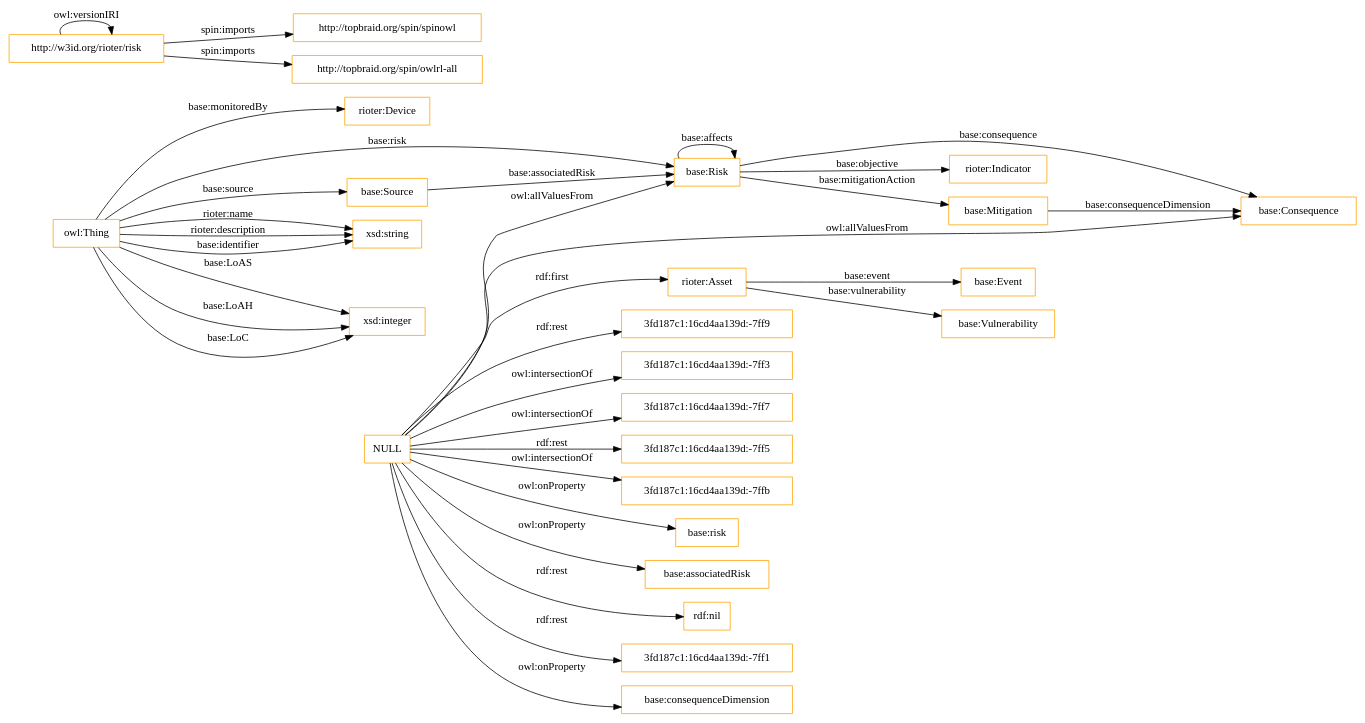
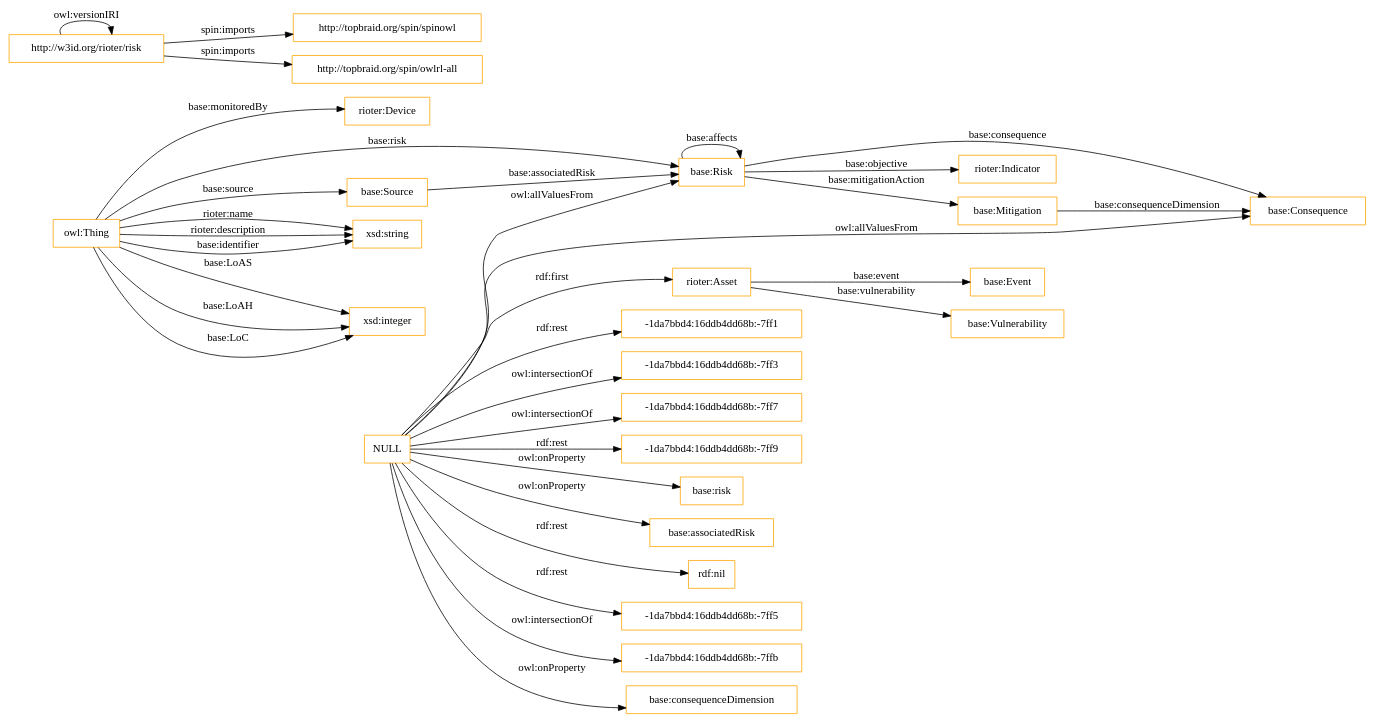
The diagram in OnToology/risk.owl/diagrams/ar2dtool-class/risk.owl.png.dot (OnToologyUser/risk-ontology), drawn with Graphviz before and after one commit. The commit also changed 5 other files, not shown here.

```diff
--- a/OnToology/risk.owl/diagrams/ar2dtool-class/risk.owl.png.dot
+++ b/OnToology/risk.owl/diagrams/ar2dtool-class/risk.owl.png.dot
@@ -1,39 +1,39 @@
 digraph ar2dtool_diagram { 
 rankdir=LR;
 size="1501"
 node [shape = rectangle, color="orange"]; "rioter:Device" "base:Consequence" "base:Risk" "rioter:Asset" "base:Source" "base:Event" "rioter:Indicator" "base:Vulnerability" "base:Mitigation" ; /*classes style*/
+	"NULL" -> "-1da7bbd4:16ddb4dd68b:-7ff1" [ label = "rdf:rest" ];
 	"NULL" -> "base:Risk" [ label = "owl:allValuesFrom" ];
-	"NULL" -> "3fd187c1:16cd4aa139d:-7ff9" [ label = "rdf:rest" ];
-	"NULL" -> "3fd187c1:16cd4aa139d:-7ff3" [ label = "owl:intersectionOf" ];
-	"NULL" -> "3fd187c1:16cd4aa139d:-7ff7" [ label = "owl:intersectionOf" ];
-	"NULL" -> "3fd187c1:16cd4aa139d:-7ff5" [ label = "rdf:rest" ];
-	"NULL" -> "3fd187c1:16cd4aa139d:-7ffb" [ label = "owl:intersectionOf" ];
+	"NULL" -> "-1da7bbd4:16ddb4dd68b:-7ff3" [ label = "owl:intersectionOf" ];
+	"NULL" -> "-1da7bbd4:16ddb4dd68b:-7ff7" [ label = "owl:intersectionOf" ];
+	"NULL" -> "-1da7bbd4:16ddb4dd68b:-7ff9" [ label = "rdf:rest" ];
 	"NULL" -> "base:risk" [ label = "owl:onProperty" ];
 	"NULL" -> "base:associatedRisk" [ label = "owl:onProperty" ];
 	"NULL" -> "rioter:Asset" [ label = "rdf:first" ];
 	"NULL" -> "rdf:nil" [ label = "rdf:rest" ];
-	"NULL" -> "3fd187c1:16cd4aa139d:-7ff1" [ label = "rdf:rest" ];
+	"NULL" -> "-1da7bbd4:16ddb4dd68b:-7ff5" [ label = "rdf:rest" ];
+	"NULL" -> "-1da7bbd4:16ddb4dd68b:-7ffb" [ label = "owl:intersectionOf" ];
 	"NULL" -> "base:Consequence" [ label = "owl:allValuesFrom" ];
 	"NULL" -> "base:consequenceDimension" [ label = "owl:onProperty" ];
 	"http://w3id.org/rioter/risk" -> "http://topbraid.org/spin/spinowl" [ label = "spin:imports" ];
 	"http://w3id.org/rioter/risk" -> "http://w3id.org/rioter/risk" [ label = "owl:versionIRI" ];
 	"http://w3id.org/rioter/risk" -> "http://topbraid.org/spin/owlrl-all" [ label = "spin:imports" ];
 	"owl:Thing" -> "base:Risk" [ label = "base:risk" ];
 	"owl:Thing" -> "xsd:string" [ label = "rioter:name" ];
 	"rioter:Asset" -> "base:Event" [ label = "base:event" ];
 	"rioter:Asset" -> "base:Vulnerability" [ label = "base:vulnerability" ];
 	"owl:Thing" -> "xsd:integer" [ label = "base:LoAS" ];
 	"owl:Thing" -> "xsd:string" [ label = "rioter:description" ];
 	"base:Risk" -> "rioter:Indicator" [ label = "base:objective" ];
 	"owl:Thing" -> "xsd:string" [ label = "base:identifier" ];
 	"base:Risk" -> "base:Risk" [ label = "base:affects" ];
 	"owl:Thing" -> "base:Source" [ label = "base:source" ];
 	"base:Risk" -> "base:Consequence" [ label = "base:consequence" ];
 	"owl:Thing" -> "xsd:integer" [ label = "base:LoAH" ];
 	"base:Source" -> "base:Risk" [ label = "base:associatedRisk" ];
 	"base:Mitigation" -> "base:Consequence" [ label = "base:consequenceDimension" ];
 	"owl:Thing" -> "rioter:Device" [ label = "base:monitoredBy" ];
 	"owl:Thing" -> "xsd:integer" [ label = "base:LoC" ];
 	"base:Risk" -> "base:Mitigation" [ label = "base:mitigationAction" ];
 
 }
```
